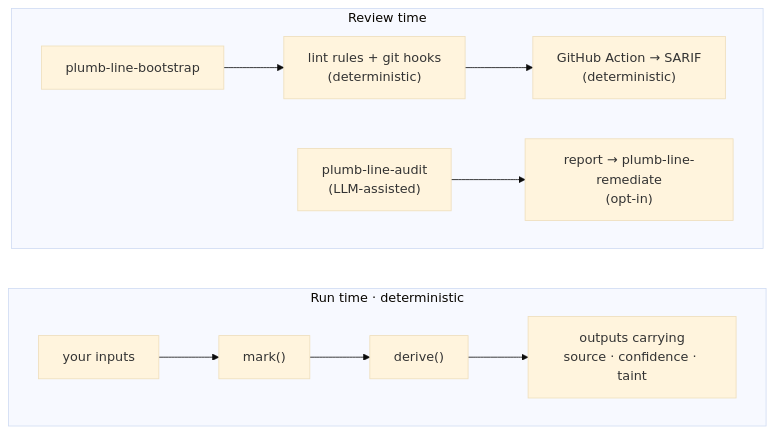
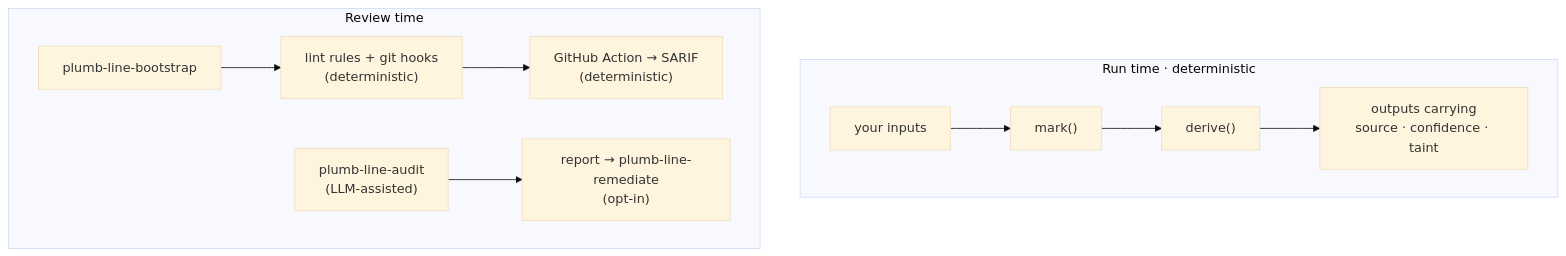
One commit to slopstopper/plumb-line changed the diagram in README.md. Above: the diagram before and after it, drawn with Mermaid (base theme). The commit also changed other lines of this file, not shown here.

First line of the commit message:
docs(readme): stack the demo outputs so no line clips; run time above review time in the diagram (#379)

````diff
--- a/README.md
+++ b/README.md
@@ -105,12 +94,12 @@
 ```mermaid
-flowchart LR
+flowchart TB
   subgraph run["Run time · deterministic"]
     direction LR
     I[your inputs] --> M["mark()"] --> D["derive()"] --> O["outputs carrying<br/>source · confidence · taint"]
   end
   subgraph review["Review time"]
     direction LR
     B[plumb-line-bootstrap] --> L["lint rules + git hooks<br/>(deterministic)"] --> G["GitHub Action → SARIF<br/>(deterministic)"]
     A["plumb-line-audit<br/>(LLM-assisted)"] --> R["report → plumb-line-remediate<br/>(opt-in)"]
   end
 ```
````
